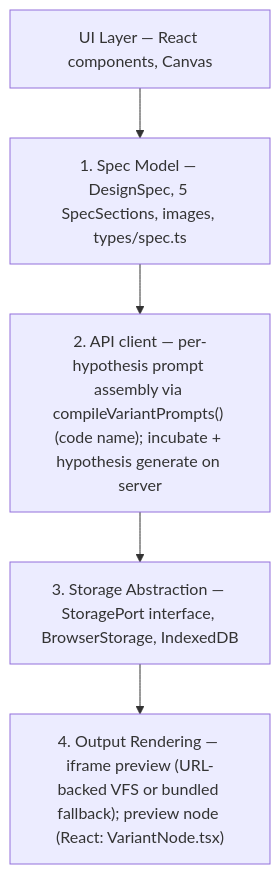
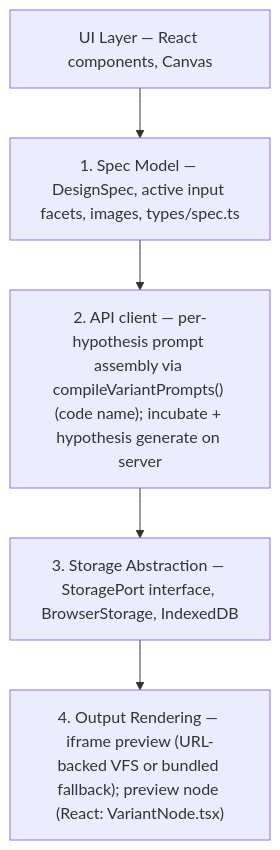
Before and after one commit to wolfyy970/designer: the third of 4 diagrams in ARCHITECTURE.md, drawn with Mermaid. The commit also changed 86 other files, not shown here.

````diff
--- a/ARCHITECTURE.md
+++ b/ARCHITECTURE.md
@@ -166,10 +166,10 @@
 ```mermaid
 flowchart TB
   ui["UI Layer — React components, Canvas"]
-  spec["1. Spec Model — DesignSpec, 5 SpecSections, images, types/spec.ts"]
+  spec["1. Spec Model — DesignSpec, active input facets, images, types/spec.ts"]
   api["2. API client — per-hypothesis prompt assembly via compileVariantPrompts() (code name); incubate + hypothesis generate on server"]
   storage["3. Storage Abstraction — StoragePort interface, BrowserStorage, IndexedDB"]
   output["4. Output Rendering — iframe preview (URL-backed VFS or bundled fallback); preview node (React: VariantNode.tsx)"]
 
   ui --> spec --> api --> storage --> output
 ```
````
